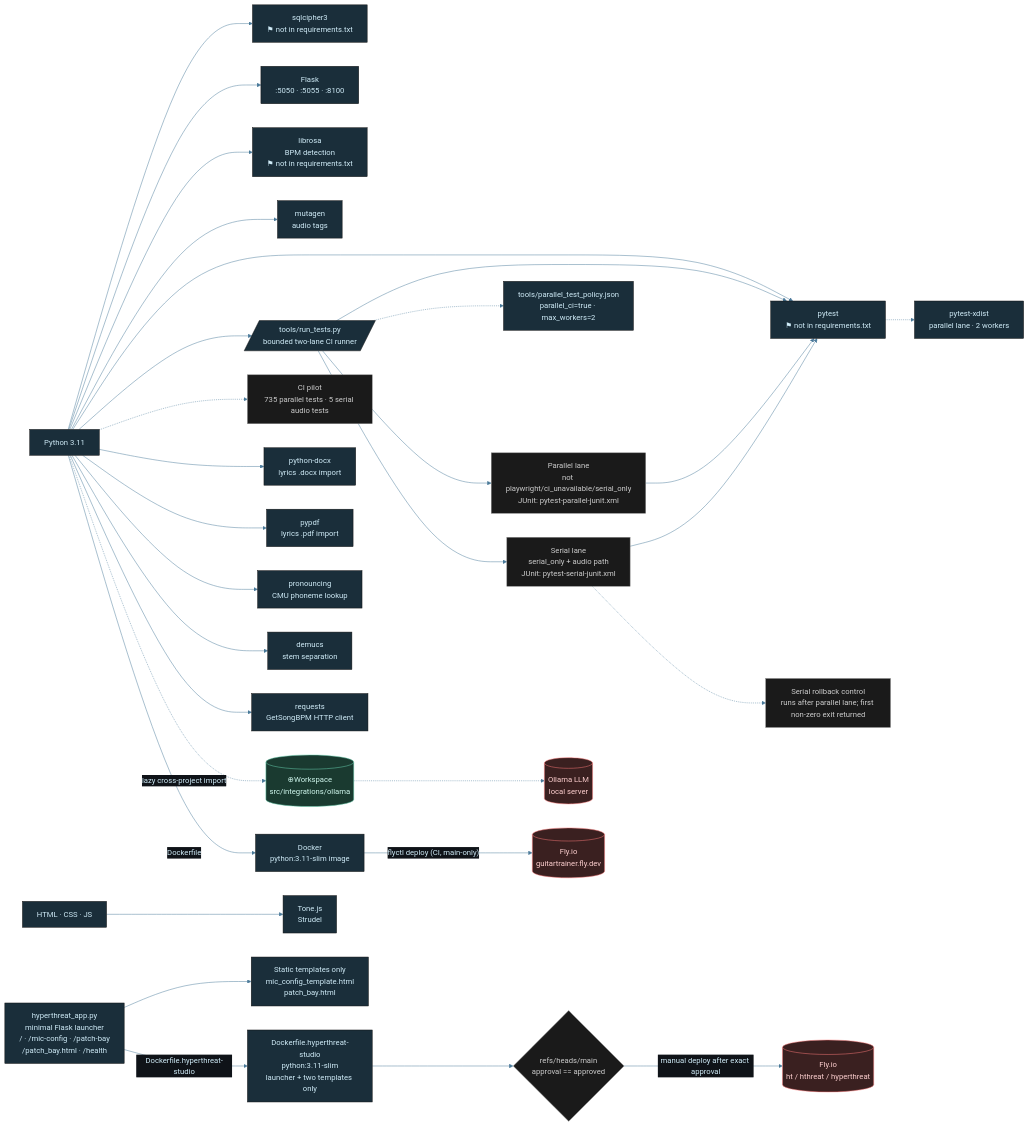
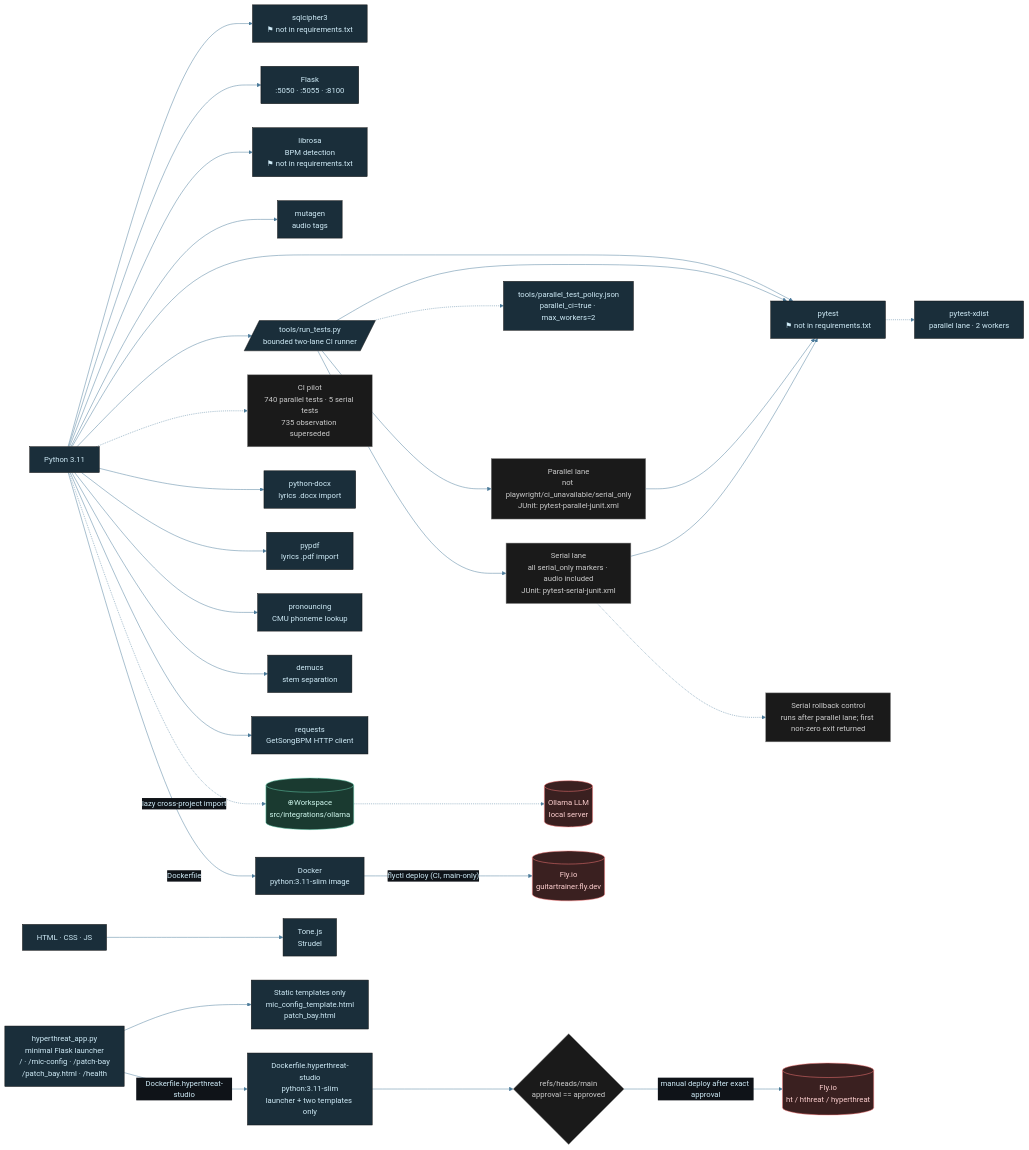
One commit to tylerdrakemusic/Music changed the diagram in diagrams/music-tech-stack.mmd. Above: the diagram before and after it, drawn with Mermaid. The commit also changed 4 other files, not shown here.

```diff
--- a/diagrams/music-tech-stack.mmd
+++ b/diagrams/music-tech-stack.mmd
@@ -1,52 +1,52 @@
 %%{init: {'theme': 'base', 'themeVariables': {'primaryColor': '#1a2e3a', 'primaryTextColor': '#d0ecf8', 'edgeLabelBackground': '#0f1318', 'lineColor': '#4a7a9a'}}}%%
 graph LR
     Python[Python 3.11] --> SQLCipher["sqlcipher3<br/>⚑ not in requirements.txt"]
     Python --> Flask[Flask<br/>:5050 · :5055 · :8100]
     Python --> Librosa["librosa<br/>BPM detection<br/>⚑ not in requirements.txt"]
     Python --> Mutagen[mutagen<br/>audio tags]
     Python --> Pytest["pytest<br/>⚑ not in requirements.txt"]
     Python --> TestRunner[/tools/run_tests.py<br/>bounded two-lane CI runner/]
     TestRunner --> Pytest
     TestRunner -.-> TestPolicy[tools/parallel_test_policy.json<br/>parallel_ci=true · max_workers=2]
     Pytest -.-> Xdist[pytest-xdist<br/>parallel lane · 2 workers]
     TestRunner --> ParallelLane["Parallel lane<br/>not playwright/ci_unavailable/serial_only<br/>JUnit: pytest-parallel-junit.xml"]
-    TestRunner --> SerialLane["Serial lane<br/>serial_only + audio path<br/>JUnit: pytest-serial-junit.xml"]
+    TestRunner --> SerialLane["Serial lane<br/>all serial_only markers · audio included<br/>JUnit: pytest-serial-junit.xml"]
     ParallelLane --> Pytest
     SerialLane --> Pytest
     SerialLane -.-> SerialControl["Serial rollback control<br/>runs after parallel lane; first non-zero exit returned"]
-    Python -.-> ParallelEvidence[CI pilot<br/>735 parallel tests · 5 serial audio tests]
+    Python -.-> ParallelEvidence["CI pilot<br/>740 parallel tests · 5 serial tests<br/>735 observation superseded"]
     Python --> PythonDocx["python-docx<br/>lyrics .docx import"]
     Python --> Pypdf["pypdf<br/>lyrics .pdf import"]
     Python --> Pronouncing["pronouncing<br/>CMU phoneme lookup"]
     Python --> Demucs["demucs<br/>stem separation"]
     Python --> Requests[requests<br/>GetSongBPM HTTP client]
     Web[HTML · CSS · JS] --> Tone[Tone.js<br/>Strudel]
     Python -.->|lazy cross-project import| WSOllama[(⊕Workspace<br/>src/integrations/ollama)]
     WSOllama -.-> Ollama[(Ollama LLM<br/>local server)]
     Python -->|Dockerfile| Docker[Docker<br/>python:3.11-slim image] -->|"flyctl deploy (CI, main-only)"| FlyIO[(Fly.io<br/>guitartrainer.fly.dev)]
     HyperthreatLauncher["hyperthreat_app.py<br/>minimal Flask launcher<br/>/ · /mic-config · /patch-bay<br/>/patch_bay.html · /health"]
     HyperthreatTemplates["Static templates only<br/>mic_config_template.html<br/>patch_bay.html"]
     HyperthreatDocker["Dockerfile.hyperthreat-studio<br/>python:3.11-slim<br/>launcher + two templates only"]
     HyperthreatGate{"refs/heads/main<br/>approval == approved"}
     HyperthreatFly[(Fly.io<br/>ht / hthreat / hyperthreat)]
     HyperthreatLauncher --> HyperthreatTemplates
     HyperthreatLauncher -->|"Dockerfile.hyperthreat-studio"| HyperthreatDocker
     HyperthreatDocker --> HyperthreatGate
     HyperthreatGate -->|"manual deploy after exact approval"| HyperthreatFly
     class Python,Web lang
     class SQLCipher,Flask,Librosa,Mutagen,Pytest,TestRunner,TestPolicy,Xdist,Tone,PythonDocx,Pypdf,Pronouncing,Demucs,Requests lib
     class ParallelLane,SerialLane,SerialControl,ParallelEvidence state
     class WSOllama ws
     class Ollama,FlyIO,HyperthreatFly ext
     class HyperthreatLauncher,HyperthreatTemplates,HyperthreatDocker svc
     class HyperthreatGate state
 
 classDef life     fill:#1a2e3a,stroke:#6ab4d4,color:#d0ecf8
 classDef music    fill:#3a1a24,stroke:#d47a8f,color:#f8d0dc
 classDef quantum  fill:#251a3a,stroke:#a07adf,color:#e8d0f8
 classDef manifest fill:#3a2e1a,stroke:#d4a96a,color:#f8ead0
 classDef ws       fill:#1a3a30,stroke:#6ad4b4,color:#d0f8ee
 classDef tyler    fill:#2a1a3a,stroke:#9e4aff,color:#fff
 classDef ext      fill:#3a2020,stroke:#ff7a7a,color:#ffd0d0
 classDef db       fill:#3a3010,stroke:#d4c050,color:#f8f0c0
 classDef state    fill:#1a1a1a,stroke:#888888,color:#cccccc
```
